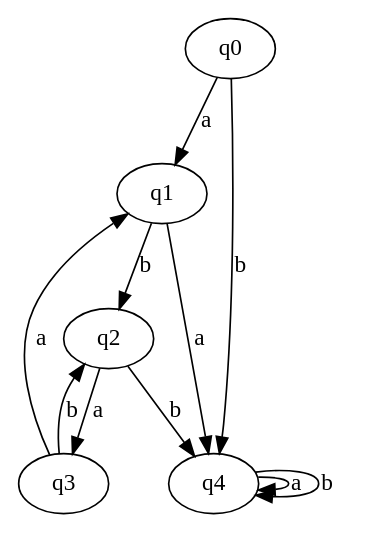
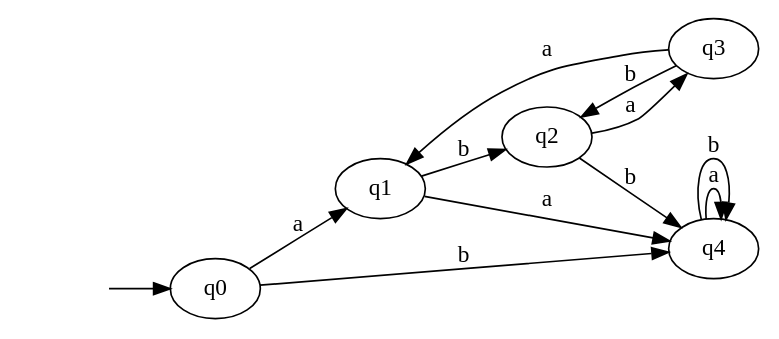
Before and after one commit to Kevintjeb/automata: the diagram in output/automataDot.dot, drawn with Graphviz. The commit also changed 13 other files, not shown here.

```diff
--- a/output/automataDot.dot
+++ b/output/automataDot.dot
@@ -1,34 +1,38 @@
 digraph g {
 
+rankdir=LR; 
+
+NOTHING [label="", shape=none];
 "q0" [ label = "q0" ]; 
 
 "q1" [ label = "q1" ]; 
 
 "q2" [ label = "q2" ]; 
 
 "q3" [ label = "q3" ]; 
 
 "q4" [ label = "q4" ]; 
 
 "q0" -> "q1" [ label = "a" ]; 
 
 "q0" -> "q4" [ label = "b" ]; 
 
 "q1" -> "q4" [ label = "a" ]; 
 
 "q1" -> "q2" [ label = "b" ]; 
 
 "q2" -> "q3" [ label = "a" ]; 
 
 "q2" -> "q4" [ label = "b" ]; 
 
 "q3" -> "q1" [ label = "a" ]; 
 
 "q3" -> "q2" [ label = "b" ]; 
 
 "q4" -> "q4" [ label = "a" ]; 
 
 "q4" -> "q4" [ label = "b" ]; 
 
+NOTHING -> "q0";
 
 }
```
